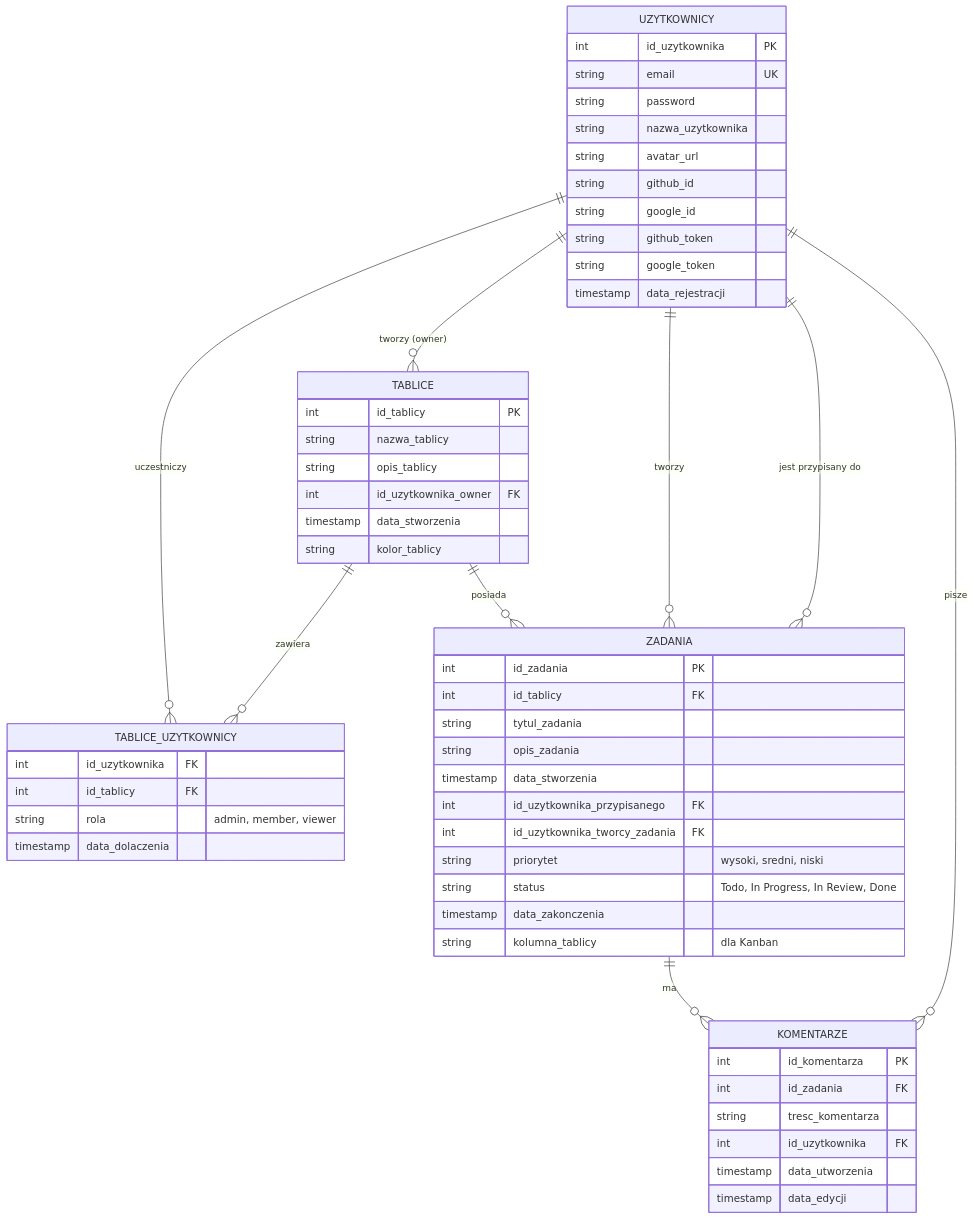
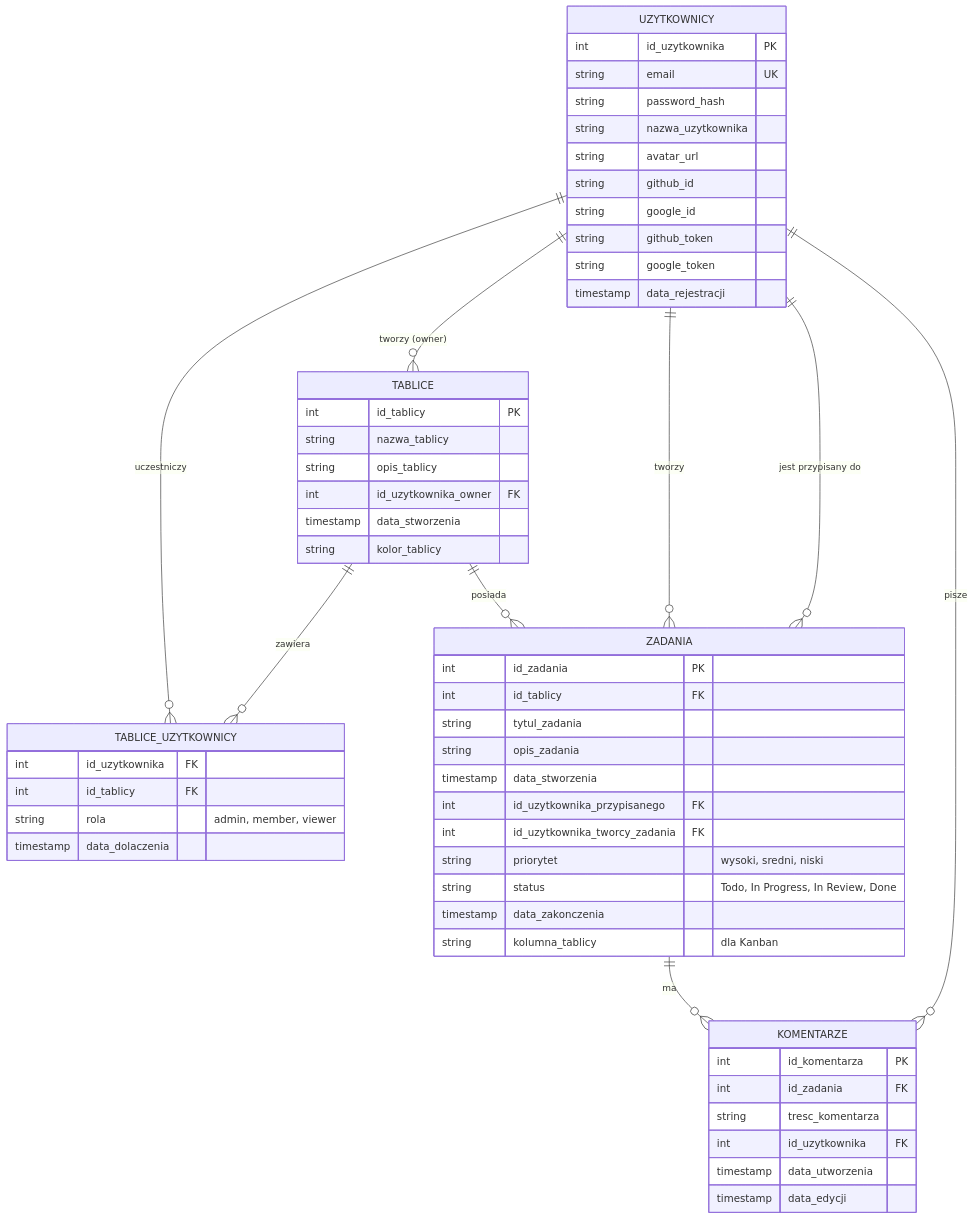
One commit to livcia/project-integration-of-it-systems changed the diagram in README.md. Above: the diagram before and after it, drawn with Mermaid.

Commit message:
Potential fix for pull request finding

````diff
--- a/README.md
+++ b/README.md
@@ -11,63 +11,63 @@
 ```mermaid
 erDiagram
     UZYTKOWNICY ||--o{ TABLICE : "tworzy (owner)"
     UZYTKOWNICY ||--o{ TABLICE_UZYTKOWNICY : "uczestniczy"
     TABLICE ||--o{ TABLICE_UZYTKOWNICY : "zawiera"
     TABLICE ||--o{ ZADANIA : "posiada"
     UZYTKOWNICY ||--o{ ZADANIA : "tworzy"
     UZYTKOWNICY ||--o{ ZADANIA : "jest przypisany do"
     ZADANIA ||--o{ KOMENTARZE : "ma"
     UZYTKOWNICY ||--o{ KOMENTARZE : "pisze"
 
     UZYTKOWNICY {
         int id_uzytkownika PK
         string email UK
-        string password
+        string password_hash
         string nazwa_uzytkownika
         string avatar_url
         string github_id
         string google_id
         string github_token
         string google_token
         timestamp data_rejestracji
     }
 
     TABLICE {
         int id_tablicy PK
         string nazwa_tablicy
         string opis_tablicy
         int id_uzytkownika_owner FK
         timestamp data_stworzenia
         string kolor_tablicy
     }
 
     TABLICE_UZYTKOWNICY {
         int id_uzytkownika FK
         int id_tablicy FK
         string rola "admin, member, viewer"
         timestamp data_dolaczenia
     }
 
     ZADANIA {
         int id_zadania PK
         int id_tablicy FK
         string tytul_zadania
         string opis_zadania
         timestamp data_stworzenia
         int id_uzytkownika_przypisanego FK
         int id_uzytkownika_tworcy_zadania FK
         string priorytet "wysoki, sredni, niski"
         string status "Todo, In Progress, In Review, Done"
         timestamp data_zakonczenia
         string kolumna_tablicy "dla Kanban"
     }
 
     KOMENTARZE {
         int id_komentarza PK
         int id_zadania FK
         string tresc_komentarza
         int id_uzytkownika FK
         timestamp data_utworzenia
         timestamp data_edycji
     }
 ```
````
